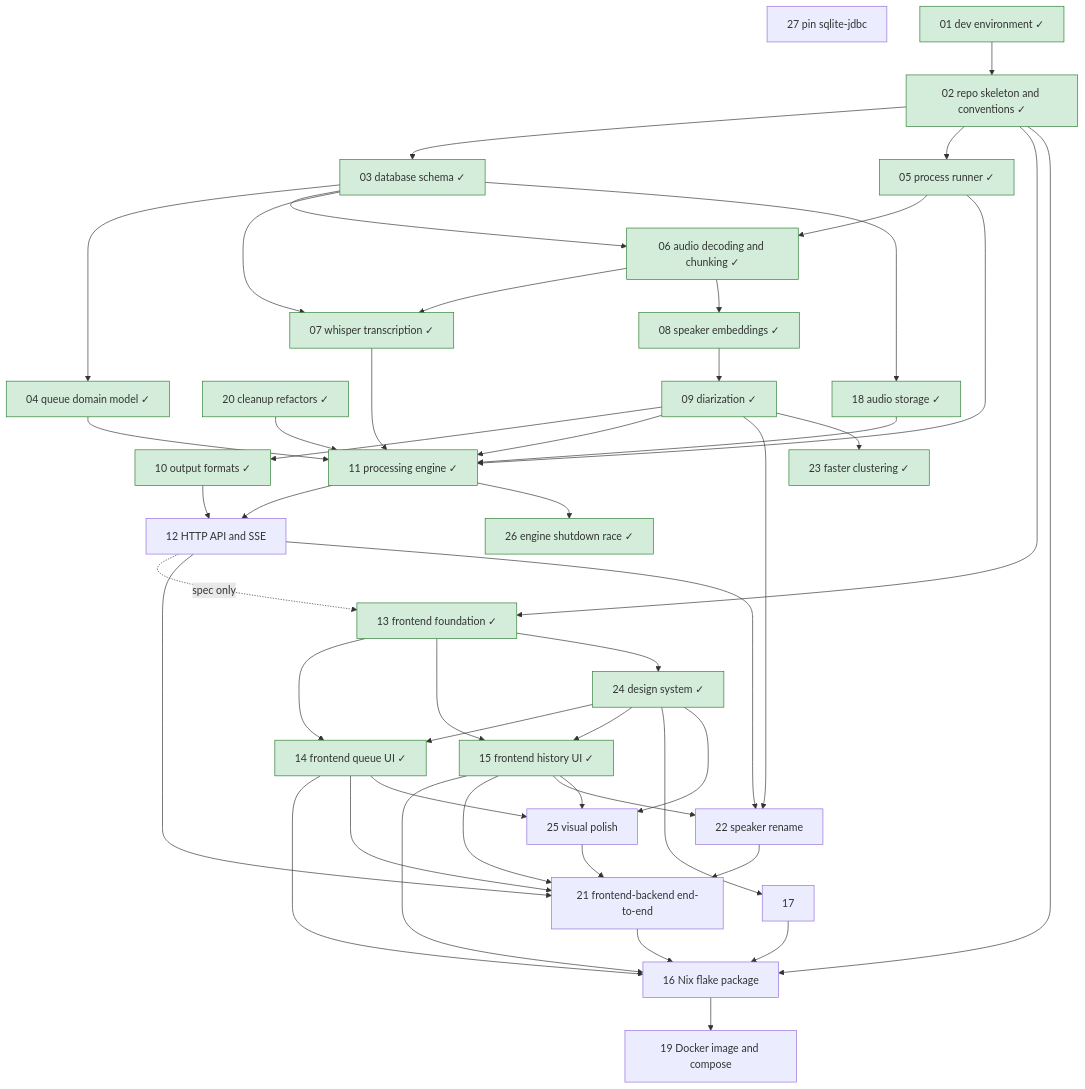
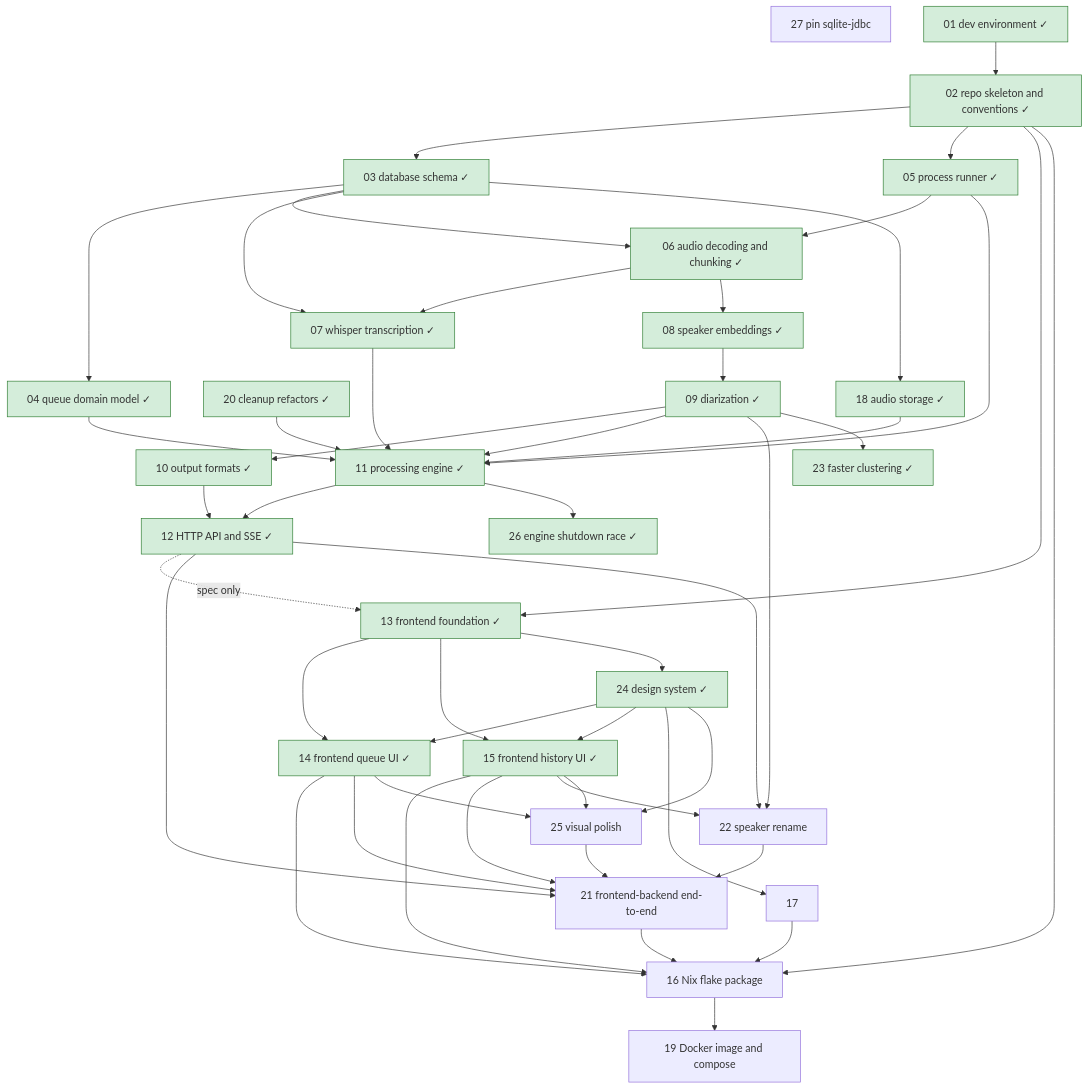
One commit to lulu-berlin/speech-to-text-app changed the diagram in roadmap/README.md. Above: the diagram before and after it, drawn with Mermaid. The commit also changed other lines of this file and 4 other files, not shown here.

Commit message:
Complete roadmap item 12: move spec to docs/specs/http-api-and-sse.md; settle the mock additions

````diff
--- a/roadmap/README.md
+++ b/roadmap/README.md
@@ -17,53 +17,53 @@
 ```mermaid
 graph TD
   01[01 dev environment ✓]:::done --> 02[02 repo skeleton and conventions ✓]:::done
   02 --> 03[03 database schema ✓]:::done
   03 --> 04[04 queue domain model ✓]:::done
   02 --> 05[05 process runner ✓]:::done
   05 --> 06[06 audio decoding and chunking ✓]:::done
   03 --> 06
   06 --> 07[07 whisper transcription ✓]:::done
   03 --> 07
   06 --> 08[08 speaker embeddings ✓]:::done
   08 --> 09[09 diarization ✓]:::done
   09 --> 10[10 output formats ✓]:::done
   04 --> 11[11 processing engine ✓]:::done
   05 --> 11
   07 --> 11
   09 --> 11
   03 --> 18[18 audio storage ✓]:::done
   18 --> 11
   20 --> 11
-  11 --> 12[12 HTTP API and SSE]
+  11 --> 12[12 HTTP API and SSE ✓]:::done
   10 --> 12
   02 --> 13[13 frontend foundation ✓]:::done
   12 -. spec only .-> 13
   13 --> 14[14 frontend queue UI ✓]:::done
   13 --> 15[15 frontend history UI ✓]:::done
   02 --> 16[16 Nix flake package]
   14 --> 16
   15 --> 16
   17 --> 16
   20[20 cleanup refactors ✓]:::done
   12 --> 21[21 frontend-backend end-to-end]
   14 --> 21
   15 --> 21
   22 --> 21
   25 --> 21
   16 --> 19[19 Docker image and compose]
   21 --> 16
   09 --> 22[22 speaker rename]
   12 --> 22
   15 --> 22
   09 --> 23[23 faster clustering ✓]:::done
   13 --> 24[24 design system ✓]:::done
   24 --> 14
   24 --> 15
   24 --> 17
   24 --> 25[25 visual polish]
   14 --> 25
   15 --> 25
   11 --> 26[26 engine shutdown race ✓]:::done
   27[27 pin sqlite-jdbc]
   classDef done fill:#d4edda,stroke:#2e7d32
 ```
````
